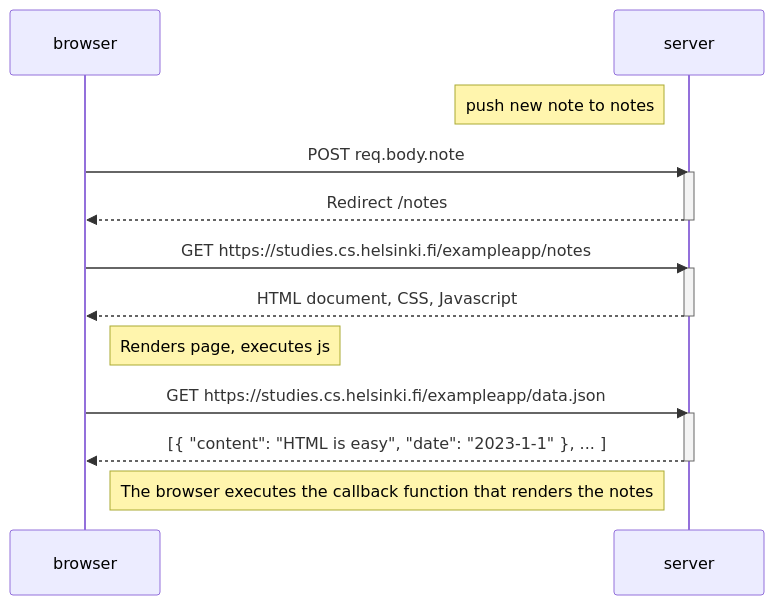
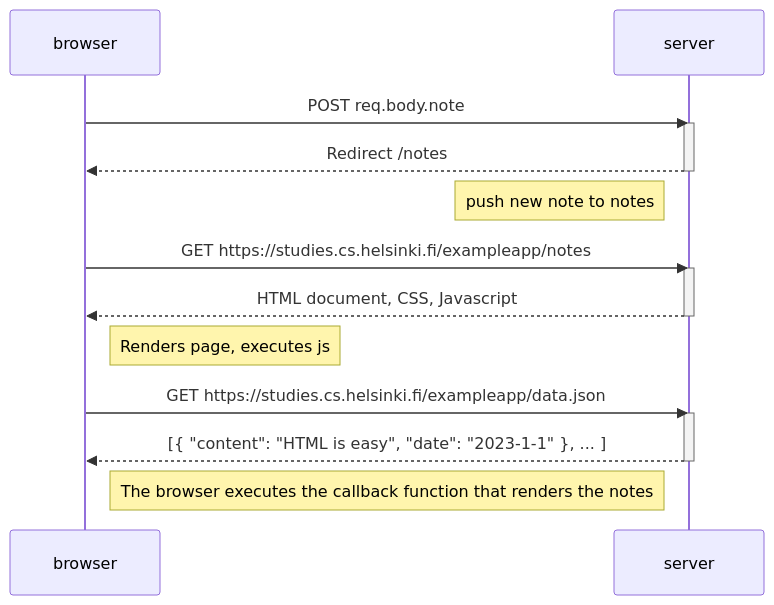
The diagram in part0/0-1 New Note Diagram.md (paolo-arroyo/fullstackopen), drawn with Mermaid before and after one commit.

Commit message:
fix note placement

````diff
--- a/part0/0-1 New Note Diagram.md
+++ b/part0/0-1 New Note Diagram.md
@@ -1,27 +1,29 @@
 ```mermaid
 sequenceDiagram
     participant browser
     participant server
 
-    note left of server: push new note to notes
+    
 
     browser->>server: POST req.body.note
     activate server
     server-->>browser: Redirect /notes
     deactivate server
+
+    note left of server: push new note to notes
 
     browser->>server: GET https://studies.cs.helsinki.fi/exampleapp/notes
     activate server
     server-->>browser: HTML document, CSS, Javascript
     deactivate server
 
     Note right of browser: Renders page, executes js
 
 
     browser->>server: GET https://studies.cs.helsinki.fi/exampleapp/data.json
     activate server
     server-->>browser: [{ "content": "HTML is easy", "date": "2023-1-1" }, ... ]
     deactivate server
 
     Note right of browser: The browser executes the callback function that renders the notes
-``` 
+```
````
